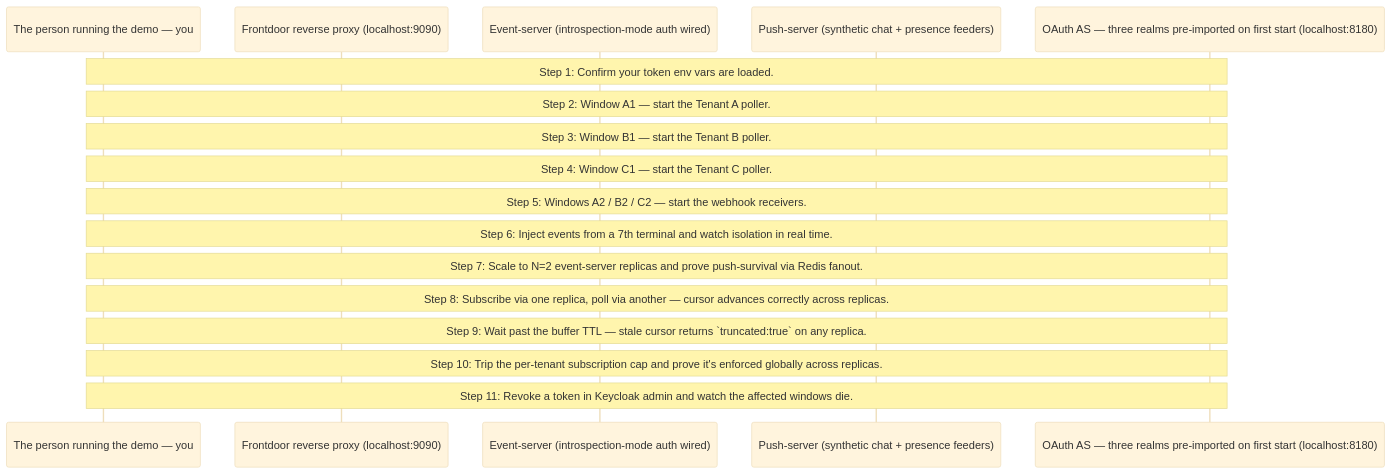
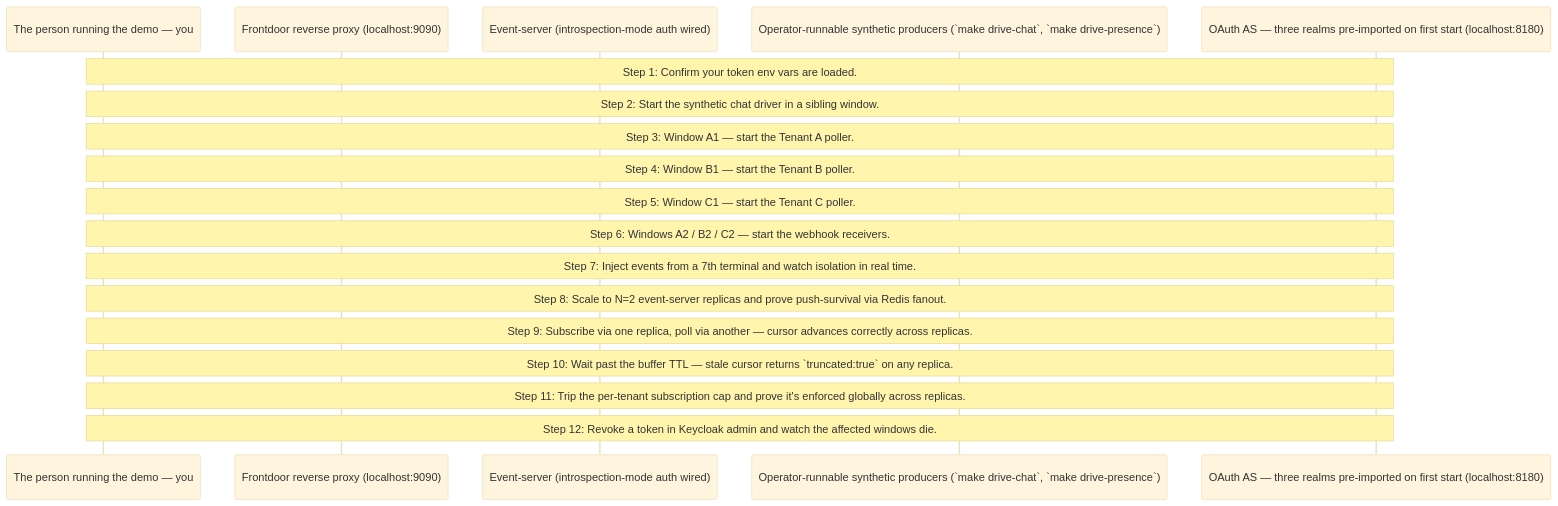
One commit to panyam/mcpkit changed the diagram in examples/whole-enchilada/events/WALKTHROUGH.md. Above: the diagram before and after it, drawn with Mermaid (base theme). The commit also changed other lines of this file and 12 other files, not shown here.

````diff
--- a/examples/whole-enchilada/events/WALKTHROUGH.md
+++ b/examples/whole-enchilada/events/WALKTHROUGH.md
@@ -21,30 +22,32 @@
 ```mermaid
 sequenceDiagram
     participant Operator as The person running the demo — you
     participant Nginx as Frontdoor reverse proxy (localhost:9090)
     participant Server as Event-server (introspection-mode auth wired)
-    participant PushServer as Push-server (synthetic chat + presence feeders)
+    participant Drivers as Operator-runnable synthetic producers (`make drive-chat`, `make drive-presence`)
     participant Keycloak as OAuth AS — three realms pre-imported on first start (localhost:8180)
 
     Note over Operator,Keycloak: Step 1: Confirm your token env vars are loaded.
 
-    Note over Operator,Keycloak: Step 2: Window A1 — start the Tenant A poller.
+    Note over Operator,Keycloak: Step 2: Start the synthetic chat driver in a sibling window.
 
-    Note over Operator,Keycloak: Step 3: Window B1 — start the Tenant B poller.
+    Note over Operator,Keycloak: Step 3: Window A1 — start the Tenant A poller.
 
-    Note over Operator,Keycloak: Step 4: Window C1 — start the Tenant C poller.
+    Note over Operator,Keycloak: Step 4: Window B1 — start the Tenant B poller.
 
-    Note over Operator,Keycloak: Step 5: Windows A2 / B2 / C2 — start the webhook receivers.
+    Note over Operator,Keycloak: Step 5: Window C1 — start the Tenant C poller.
 
-    Note over Operator,Keycloak: Step 6: Inject events from a 7th terminal and watch isolation in real time.
+    Note over Operator,Keycloak: Step 6: Windows A2 / B2 / C2 — start the webhook receivers.
 
-    Note over Operator,Keycloak: Step 7: Scale to N=2 event-server replicas and prove push-survival via Redis fanout.
+    Note over Operator,Keycloak: Step 7: Inject events from a 7th terminal and watch isolation in real time.
 
-    Note over Operator,Keycloak: Step 8: Subscribe via one replica, poll via another — cursor advances correctly across replicas.
+    Note over Operator,Keycloak: Step 8: Scale to N=2 event-server replicas and prove push-survival via Redis fanout.
 
-    Note over Operator,Keycloak: Step 9: Wait past the buffer TTL — stale cursor returns `truncated:true` on any replica.
+    Note over Operator,Keycloak: Step 9: Subscribe via one replica, poll via another — cursor advances correctly across replicas.
 
-    Note over Operator,Keycloak: Step 10: Trip the per-tenant subscription cap and prove it's enforced globally across replicas.
+    Note over Operator,Keycloak: Step 10: Wait past the buffer TTL — stale cursor returns `truncated:true` on any replica.
 
-    Note over Operator,Keycloak: Step 11: Revoke a token in Keycloak admin and watch the affected windows die.
+    Note over Operator,Keycloak: Step 11: Trip the per-tenant subscription cap and prove it's enforced globally across replicas.
+
+    Note over Operator,Keycloak: Step 12: Revoke a token in Keycloak admin and watch the affected windows die.
 ```
````
